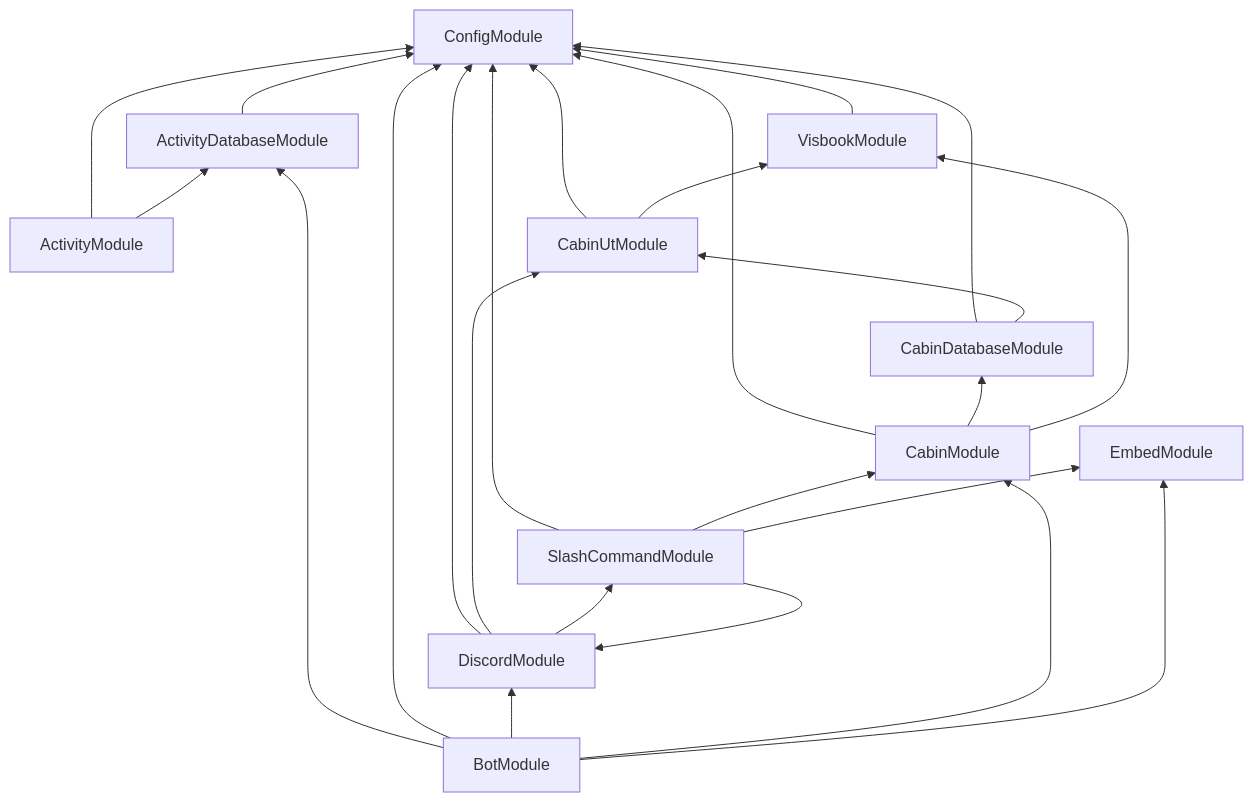
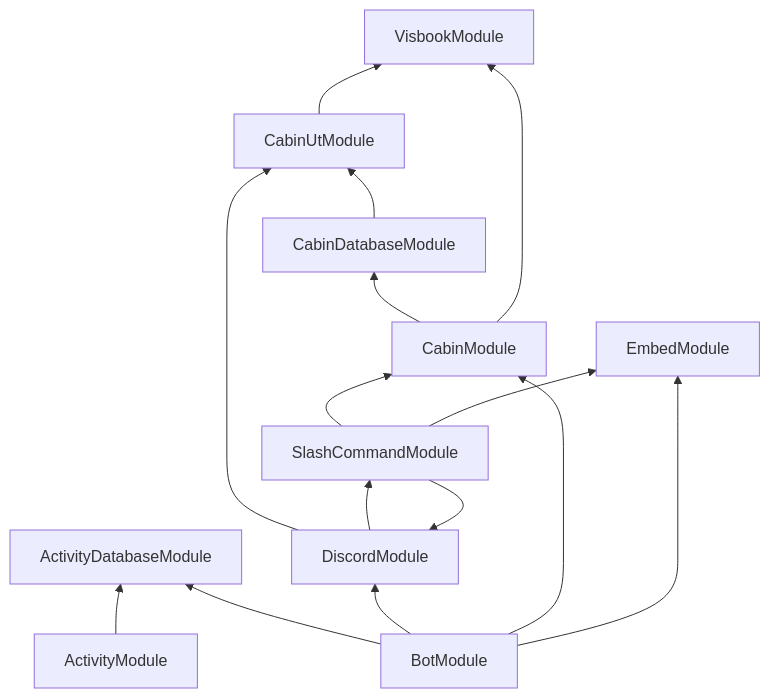
One commit to gingermusketeer/dnt-discord-bot changed the diagram in docs/dev-guide/modules.md. Above: the diagram before and after it, drawn with Mermaid.

Commit message:
Remove config module from overview

````diff
--- a/docs/dev-guide/modules.md
+++ b/docs/dev-guide/modules.md
@@ -5,28 +5,19 @@
 ```mermaid
 flowchart BT
 
-ActivityModule --> ConfigModule
 ActivityModule --> ActivityDatabaseModule
-ActivityDatabaseModule --> ConfigModule
 BotModule --> ActivityDatabaseModule
-BotModule --> ConfigModule
 BotModule --> DiscordModule
 BotModule --> CabinModule
 BotModule --> EmbedModule
-CabinModule --> ConfigModule
 CabinModule --> CabinDatabaseModule
 CabinModule --> VisbookModule
-CabinDatabaseModule --> ConfigModule
 CabinDatabaseModule --> CabinUtModule
-CabinUtModule --> ConfigModule
 CabinUtModule --> VisbookModule
-DiscordModule --> ConfigModule
 DiscordModule --> CabinUtModule
 DiscordModule --> SlashCommandModule
 EmbedModule
-SlashCommandModule --> ConfigModule
 SlashCommandModule --> CabinModule
 SlashCommandModule --> DiscordModule
 SlashCommandModule --> EmbedModule
-VisbookModule --> ConfigModule
 ```
````
